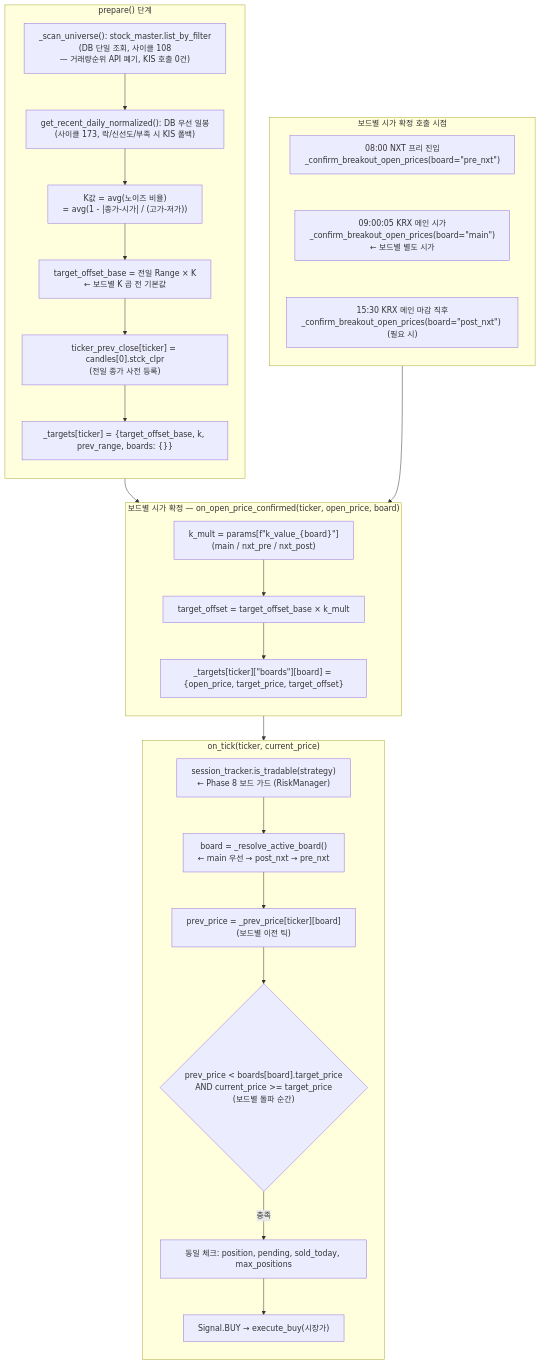
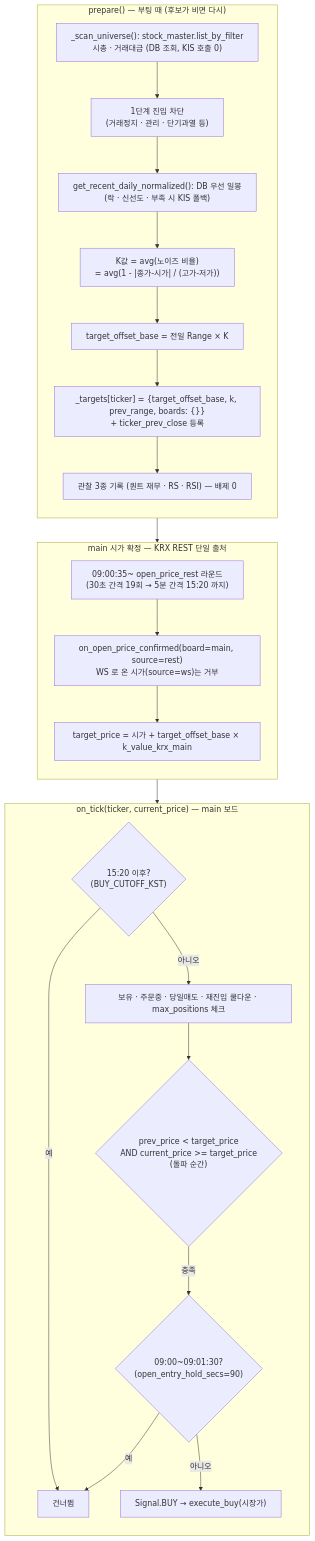
Diagram 11 of 25 in docs/architecture.md (canduk910/auto_stock), drawn with Mermaid before and after one commit. The commit also changed other lines of this file and 4 other files, not shown here.

First line of the commit message:
docs: architecture.md 를 7전략 전체로 확대(§4 엔진 그림·멤버 표, §8 매수 신호 흐름 8.3~8.7) + Mermaid 때 찾은 불일치 정리(컨테이너 3개·배포 모드·README kojiro·깨진 앵커) + param_drift.py 모듈 맵 + cycle363 행 정정 부기

````diff
--- a/docs/architecture.md
+++ b/docs/architecture.md
@@ -481,48 +560,42 @@
 ```mermaid
 %%{init: {"flowchart": {"wrappingWidth": 360}}}%%
 flowchart TD
-    subgraph PREP["prepare() 단계"]
+    subgraph PREP["prepare() — 부팅 때 (후보가 비면 다시)"]
         direction TB
-        P1["_scan_universe(): stock_master.list_by_filter<br/>(DB 단일 조회, 사이클 108<br/>— 거래량순위 API 폐기, KIS 호출 0건)"]
-        P2["get_recent_daily_normalized(): DB 우선 일봉<br/>(사이클 173, 락/신선도/부족 시 KIS 폴백)"]
-        P3["K값 = avg(노이즈 비율)<br/>= avg(1 - |종가-시가| / (고가-저가))"]
-        P4["target_offset_base = 전일 Range × K<br/>← 보드별 K 곱 전 기본값"]
-        P5["ticker_prev_close[ticker] = candles[0].stck_clpr<br/>(전일 종가 사전 등록)"]
-        P6["_targets[ticker] = {target_offset_base, k, prev_range, boards: {}}"]
-        P1 --> P2 --> P3 --> P4 --> P5 --> P6
+        P1["_scan_universe(): stock_master.list_by_filter<br/>시총 · 거래대금 (DB 조회, KIS 호출 0)"]
+        P2["1단계 진입 차단<br/>(거래정지 · 관리 · 단기과열 등)"]
+        P3["get_recent_daily_normalized(): DB 우선 일봉<br/>(락 · 신선도 · 부족 시 KIS 폴백)"]
+        P4["K값 = avg(노이즈 비율)<br/>= avg(1 - |종가-시가| / (고가-저가))"]
+        P5["target_offset_base = 전일 Range × K"]
+        P6["_targets[ticker] = {target_offset_base, k, prev_range, boards: {}}<br/>+ ticker_prev_close 등록"]
+        P7["관찰 3종 기록 (퀀트 재무 · RS · RSI) — 배제 0"]
+        P1 --> P2 --> P3 --> P4 --> P5 --> P6 --> P7
     end
 
-    subgraph OPEN["보드별 시가 확정 — on_open_price_confirmed(ticker, open_price, board)"]
+    subgraph OPEN["main 시가 확정 — KRX REST 단일 출처"]
         direction TB
-        O1["k_mult = params[f#quot;k_value_{board}#quot;]<br/>(main / nxt_pre / nxt_post)"]
-        O2["target_offset = target_offset_base × k_mult"]
-        O3["_targets[ticker][#quot;boards#quot;][board] = {open_price, target_price, target_offset}"]
+        O1["09:00:35~ open_price_rest 라운드<br/>(30초 간격 19회 → 5분 간격 15:20 까지)"]
+        O2["on_open_price_confirmed(board=main, source=rest)<br/>WS 로 온 시가(source=ws)는 거부"]
+        O3["target_price = 시가 + target_offset_base × k_value_krx_main"]
         O1 --> O2 --> O3
     end
 
-    subgraph TRIG["보드별 시가 확정 호출 시점"]
+    subgraph TICK["on_tick(ticker, current_price) — main 보드"]
         direction TB
-        T1["08:00 NXT 프리 진입<br/>_confirm_breakout_open_prices(board=#quot;pre_nxt#quot;)"]
-        T2["09:00:05 KRX 메인 시가<br/>_confirm_breakout_open_prices(board=#quot;main#quot;)<br/>← 보드별 별도 시가"]
-        T3["15:30 KRX 메인 마감 직후<br/>_confirm_breakout_open_prices(board=#quot;post_nxt#quot;) (필요 시)"]
-        T1 ~~~ T2
-        T2 ~~~ T3
-    end
-
-    subgraph TICK["on_tick(ticker, current_price)"]
-        direction TB
-        K1["session_tracker.is_tradable(strategy)<br/>← Phase 8 보드 가드 (RiskManager)"]
-        K2["board = _resolve_active_board()<br/>← main 우선 → post_nxt → pre_nxt"]
-        K3["prev_price = _prev_price[ticker][board]<br/>(보드별 이전 틱)"]
-        K4{"prev_price #60; boards[board].target_price<br/>AND current_price #62;= target_price<br/>(보드별 돌파 순간)"}
-        K5["동일 체크: position, pending, sold_today, max_positions"]
-        K6["Signal.BUY → execute_buy(시장가)"]
-        K1 --> K2 --> K3 --> K4
-        K4 -->|"충족"| K5
-        K5 --> K6
+        K1{"15:20 이후?<br/>(BUY_CUTOFF_KST)"}
+        K2["보유 · 주문중 · 당일매도 · 재진입 쿨다운 · max_positions 체크"]
+        K3{"prev_price #60; target_price<br/>AND current_price #62;= target_price<br/>(돌파 순간)"}
+        K4{"09:00~09:01:30?<br/>(open_entry_hold_secs=90)"}
+        K5["Signal.BUY → execute_buy(시장가)"]
+        SK["건너뜀"]
+        K1 -->|"예"| SK
+        K1 -->|"아니오"| K2
+        K2 --> K3
+        K3 -->|"충족"| K4
+        K4 -->|"예"| SK
+        K4 -->|"아니오"| K5
     end
 
     PREP --> OPEN
-    TRIG --> OPEN
     OPEN --> TICK
 ```
````
